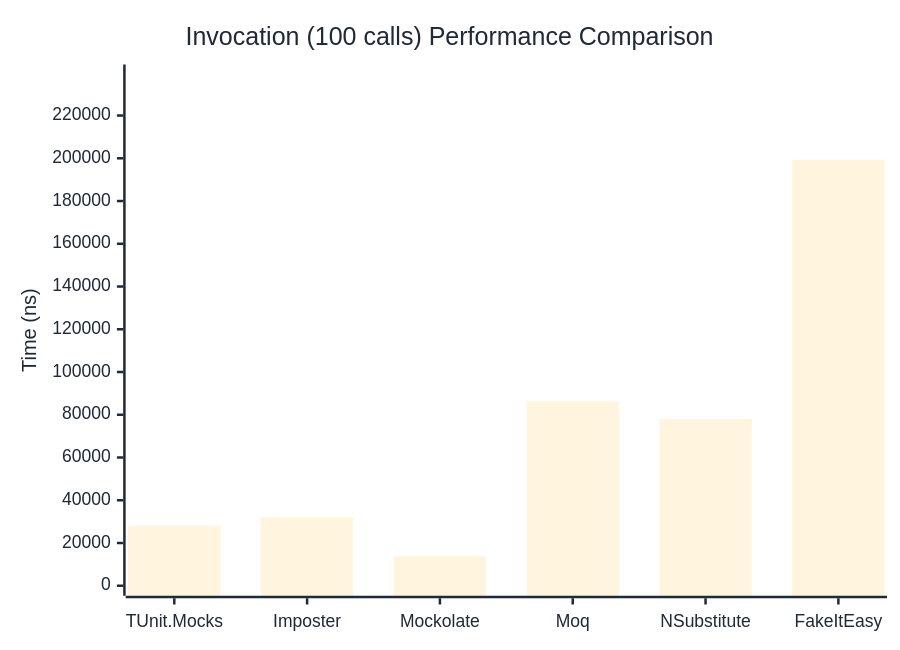
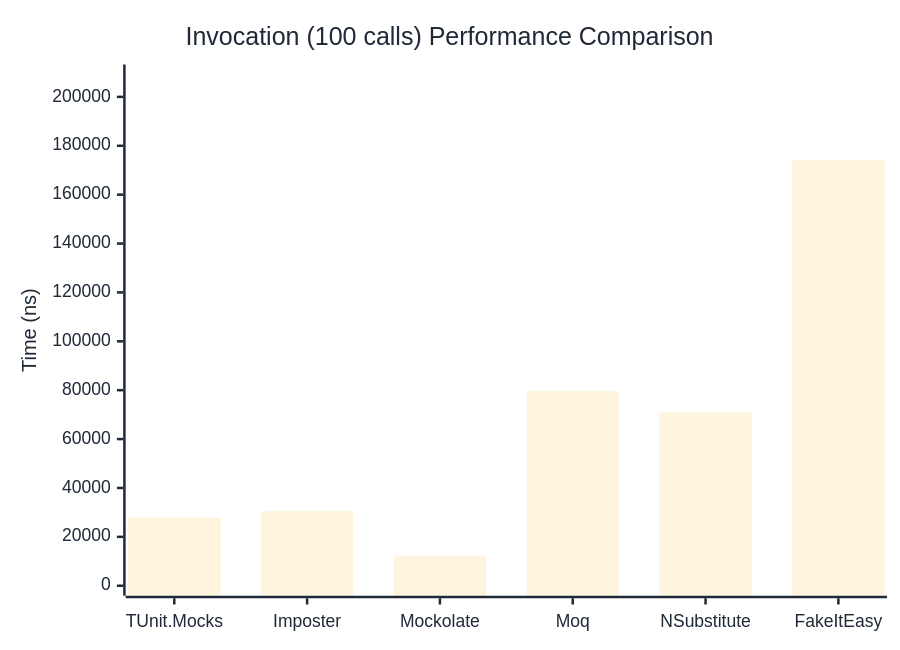
Before and after one commit to thomhurst/TUnit: the third of 3 diagrams in docs/docs/benchmarks/mocks/Invocation.md, drawn with Mermaid. The commit also changed other lines of this file and 14 other files, not shown here.

````diff
--- a/docs/docs/benchmarks/mocks/Invocation.md
+++ b/docs/docs/benchmarks/mocks/Invocation.md
@@ -112,27 +112,27 @@
 ```mermaid
 %%{init: {
   'theme':'base',
   'themeVariables': {
     'primaryColor': '#2563eb',
     'primaryTextColor': '#1f2937',
     'primaryBorderColor': '#1e40af',
     'lineColor': '#6b7280',
     'secondaryColor': '#7c3aed',
     'tertiaryColor': '#dc2626',
     'background': '#ffffff',
     'pie1': '#2563eb',
     'pie2': '#7c3aed',
     'pie3': '#dc2626',
     'pie4': '#f59e0b',
     'pie5': '#10b981',
     'pie6': '#06b6d4',
     'pie7': '#ec4899',
     'pie8': '#6366f1'
   }
 }}%%
 xychart-beta
   title "Invocation (100 calls) Performance Comparison"
   x-axis ["TUnit.Mocks", "Imposter", "Mockolate", "Moq", "NSubstitute", "FakeItEasy"]
-  y-axis "Time (ns)" 0 --> 239205
-  bar [28081.7, 32043.1, 13823.5, 86318.8, 77995.4, 199337.1]
+  y-axis "Time (ns)" 0 --> 209155
+  bar [27842.02, 30485.14, 12371.96, 79583.59, 70941.37, 174295.28]
 ```
````
